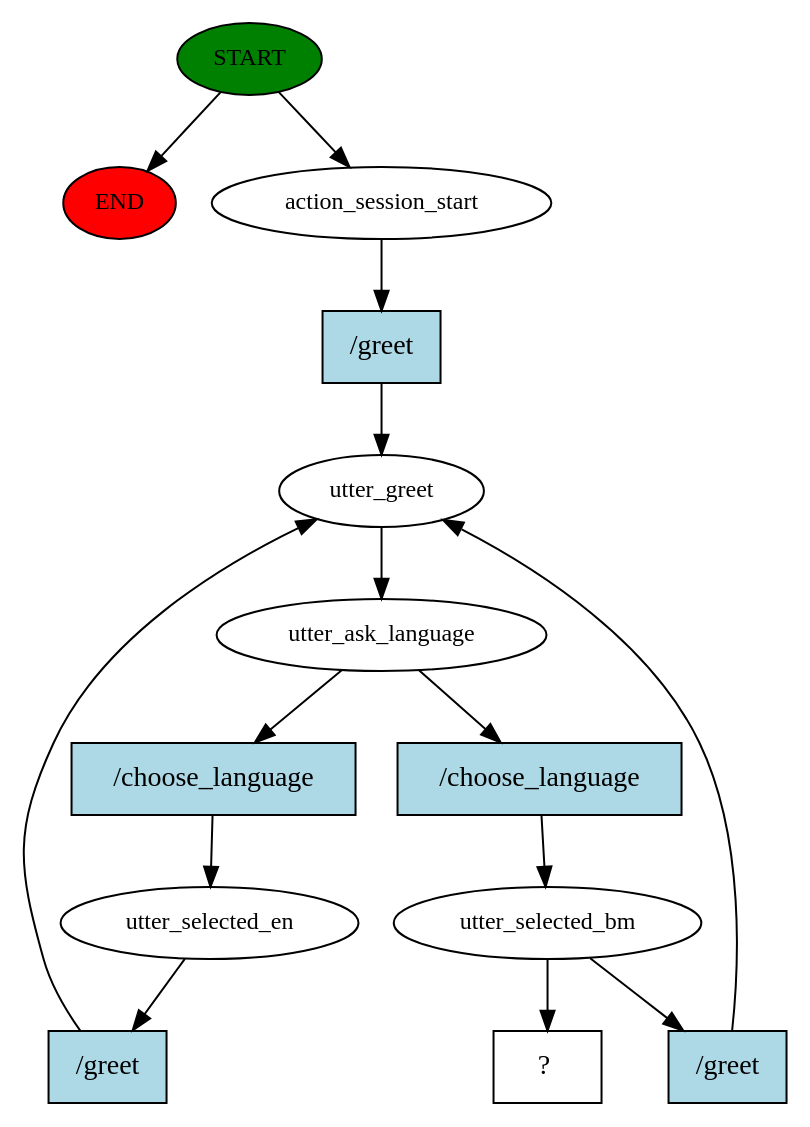
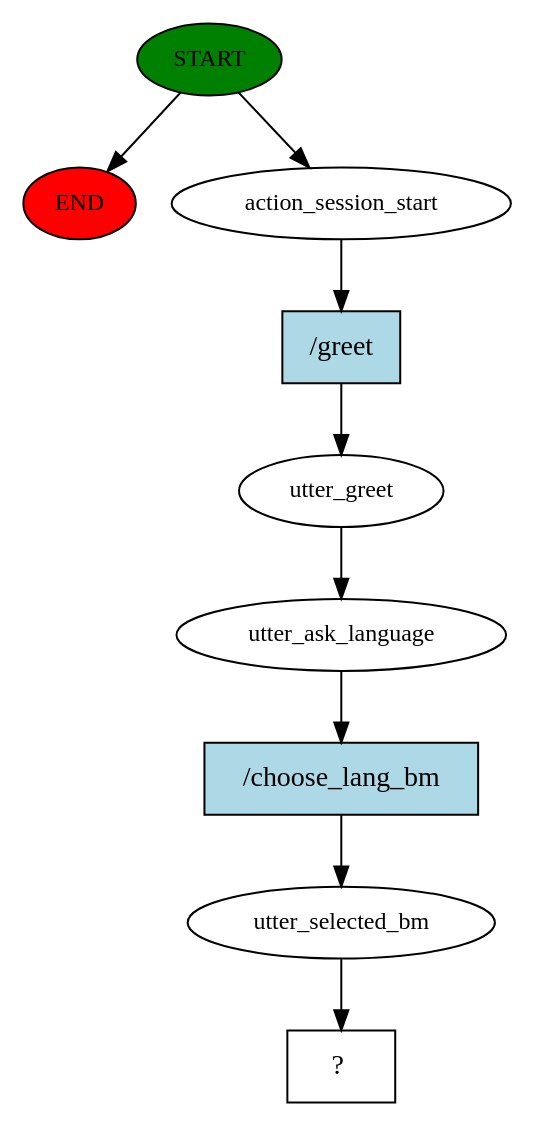
The diagram in story_graph.dot (ShananSaravanan/i-PLH_Chatbot), drawn with Graphviz before and after one commit. The commit also changed 408 other files, not shown here.

```diff
--- a/story_graph.dot
+++ b/story_graph.dot
@@ -1,29 +1,19 @@
 digraph  {
 0 [class="start active", fillcolor=green, fontsize=12, label=START, style=filled];
 "-1" [class=end, fillcolor=red, fontsize=12, label=END, style=filled];
 1 [class=active, fontsize=12, label=action_session_start];
 2 [class=active, fontsize=12, label=utter_greet];
 3 [class=active, fontsize=12, label=utter_ask_language];
-4 [class=active, fontsize=12, label=utter_selected_en];
-7 [class=active, fontsize=12, label=utter_selected_bm];
-11 [class="intent dashed active", label="  ?  ", shape=rect];
-12 [class="intent active", fillcolor=lightblue, label="/greet", shape=rect, style=filled];
-13 [class="intent active", fillcolor=lightblue, label="/choose_language", shape=rect, style=filled];
-14 [class="intent active", fillcolor=lightblue, label="/choose_language", shape=rect, style=filled];
-15 [class="intent active", fillcolor=lightblue, label="/greet", shape=rect, style=filled];
-16 [class="intent active", fillcolor=lightblue, label="/greet", shape=rect, style=filled];
+4 [class=active, fontsize=12, label=utter_selected_bm];
+5 [class="intent dashed active", label="  ?  ", shape=rect];
+6 [class="intent active", fillcolor=lightblue, label="/greet", shape=rect, style=filled];
+7 [class="intent active", fillcolor=lightblue, label="/choose_lang_bm", shape=rect, style=filled];
 0 -> "-1"  [class="", key=NONE, label=""];
 0 -> 1  [class=active, key=NONE, label=""];
-1 -> 12  [class=active, key=0];
+1 -> 6  [class=active, key=0];
 2 -> 3  [class=active, key=NONE, label=""];
-3 -> 13  [class=active, key=0];
-3 -> 14  [class=active, key=0];
-4 -> 15  [class=active, key=0];
-7 -> 11  [class=active, key=NONE, label=""];
-7 -> 16  [class=active, key=0];
-12 -> 2  [class=active, key=0];
-13 -> 4  [class=active, key=0];
-14 -> 7  [class=active, key=0];
-15 -> 2  [class=active, key=0];
-16 -> 2  [class=active, key=0];
+3 -> 7  [class=active, key=0];
+4 -> 5  [class=active, key=NONE, label=""];
+6 -> 2  [class=active, key=0];
+7 -> 4  [class=active, key=0];
 }
```
